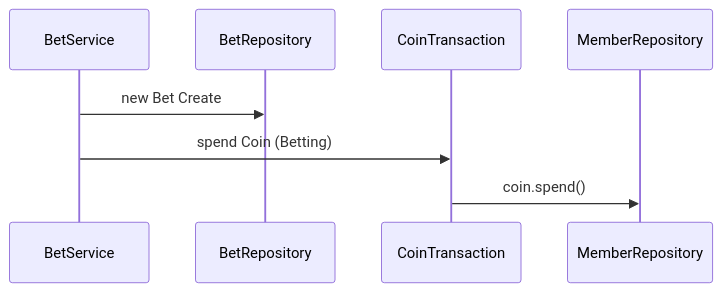
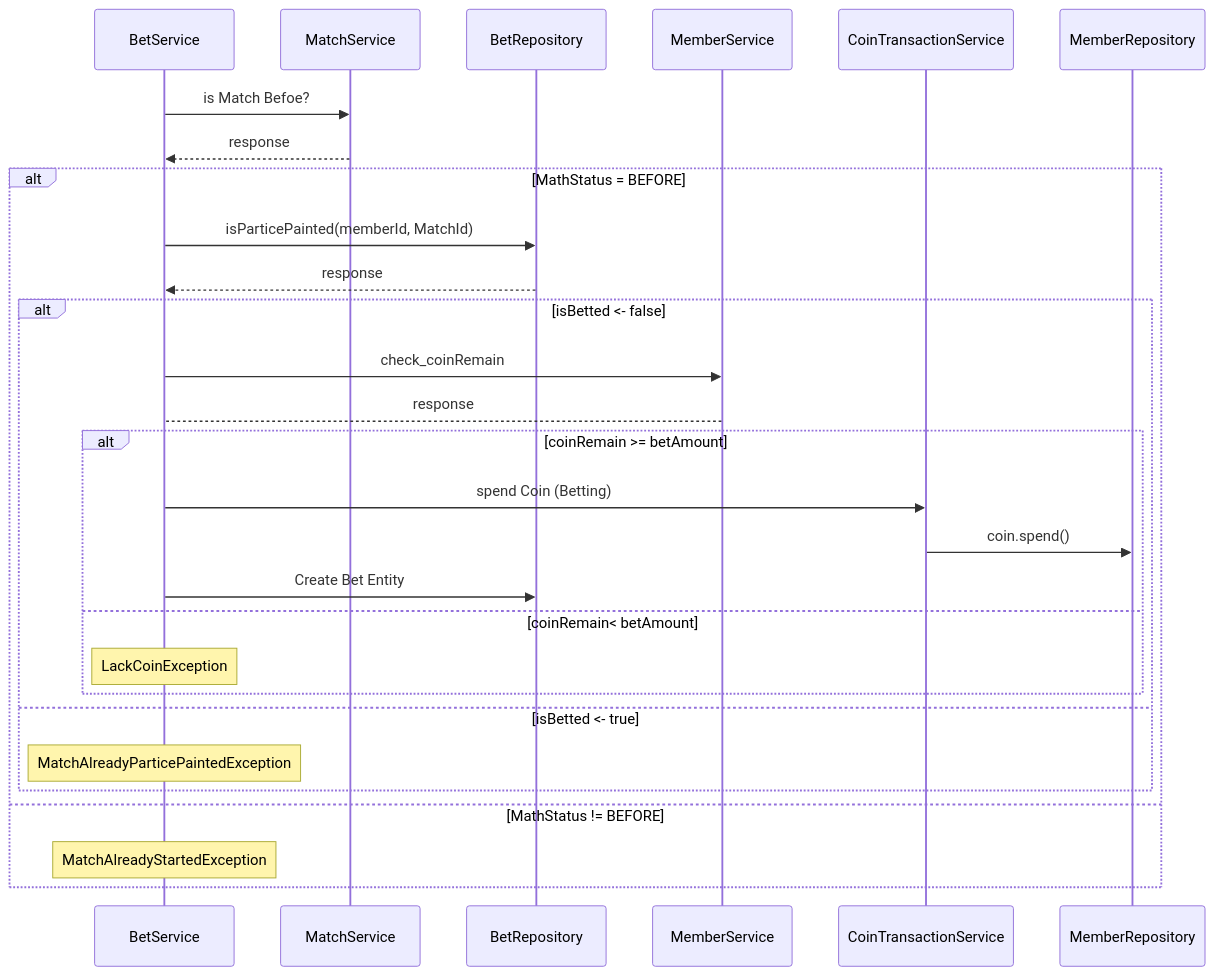
The fourth of 6 diagrams in README.md (Honn5707/MlbBroadcast), drawn with Mermaid before and after one commit. The commit also changed 3 other files, not shown here.

Commit message:
DIAGRAM 수정

````diff
--- a/README.md
+++ b/README.md
@@ -292,9 +292,30 @@
 ``` mermaid
 sequenceDiagram
     
-    BetService ->> BetRepository : new Bet Create
-    BetService ->> CoinTransaction : spend Coin (Betting)
-    CoinTransaction ->> MemberRepository: coin.spend()
+
+    BetService ->> MatchService : is Match Befoe?
+    MatchService -->> BetService : response
+    alt MathStatus = BEFORE
+    BetService ->> BetRepository : isParticePainted(memberId, MatchId)
+    BetRepository -->> BetService : response
+    alt isBetted <- false
+    BetService ->> MemberService : check_coinRemain
+    MemberService --> BetService : response
+    alt coinRemain >= betAmount
+    
+    BetService ->> CoinTransactionService : spend Coin (Betting)
+    CoinTransactionService ->> MemberRepository: coin.spend()
+    BetService ->> BetRepository : Create Bet Entity
+    else coinRemain< betAmount
+    Note over BetService: LackCoinException
+    end
+    else isBetted <- true
+    Note over BetService: MatchAlreadyParticePaintedException
+    end
+    else MathStatus != BEFORE
+    Note over BetService: MatchAlreadyStartedException
+    end
+    
     
     
 ```
````
